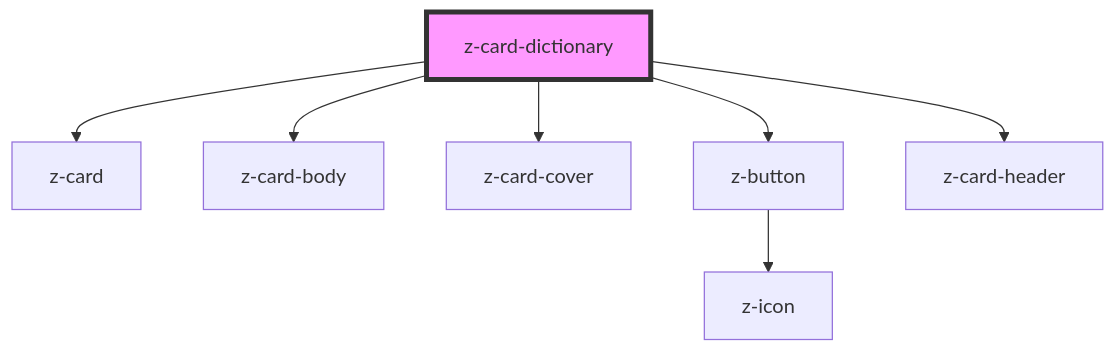
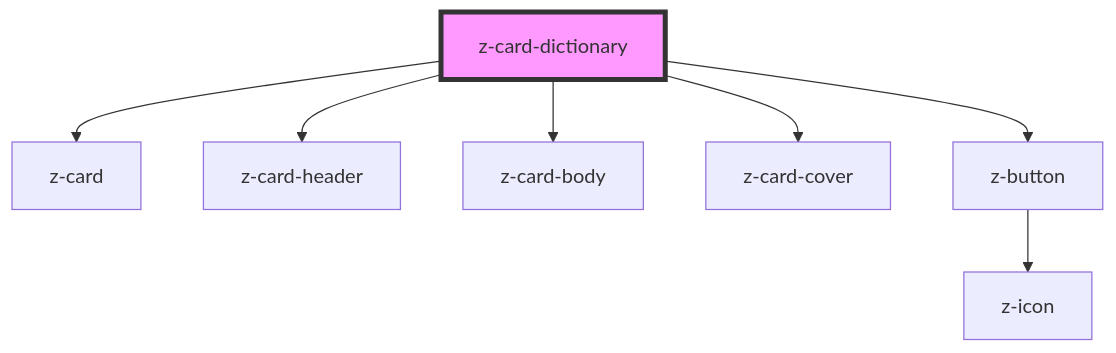
One commit to ZanichelliEditore/design-system changed the diagram in src/components/card/z-card-dictionary/readme.md. Above: the diagram before and after it, drawn with Mermaid. The commit also changed other lines of this file and 7 other files, not shown here.

````diff
--- a/src/components/card/z-card-dictionary/readme.md
+++ b/src/components/card/z-card-dictionary/readme.md
@@ -39,10 +39,10 @@
 ```mermaid
 graph TD;
   z-card-dictionary --> z-card
+  z-card-dictionary --> z-card-header
   z-card-dictionary --> z-card-body
   z-card-dictionary --> z-card-cover
   z-card-dictionary --> z-button
-  z-card-dictionary --> z-card-header
   z-button --> z-icon
   style z-card-dictionary fill:#f9f,stroke:#333,stroke-width:4px
 ```
````
